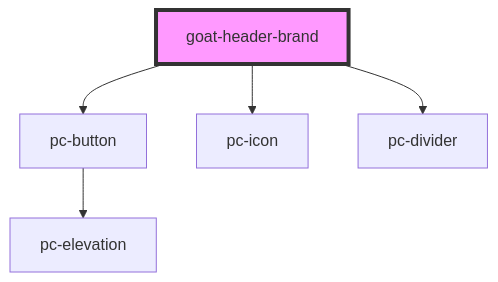
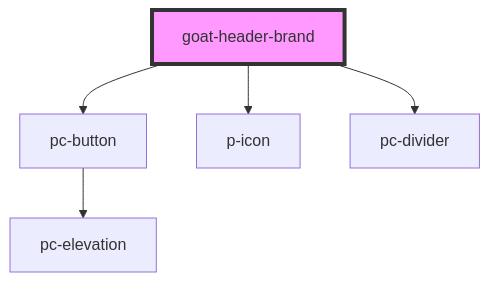
One commit to redvars/peacock changed the diagram in src/components/application/header/header-brand/readme.md. Above: the diagram before and after it, drawn with Mermaid. The commit also changed other lines of this file and 94 other files, not shown here.

````diff
--- a/src/components/application/header/header-brand/readme.md
+++ b/src/components/application/header/header-brand/readme.md
@@ -46,8 +46,8 @@
 ```mermaid
 graph TD;
   goat-header-brand --> pc-button
-  goat-header-brand --> pc-icon
+  goat-header-brand --> p-icon
   goat-header-brand --> pc-divider
   pc-button --> pc-elevation
   style goat-header-brand fill:#f9f,stroke:#333,stroke-width:4px
 ```
````
